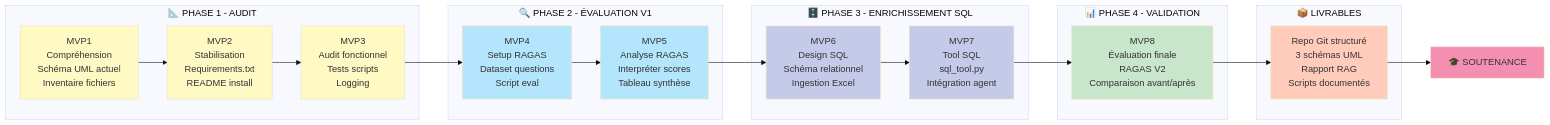
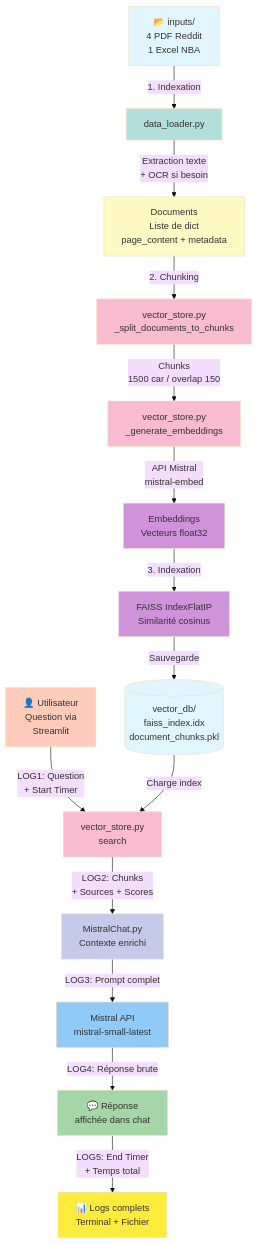
The second of 2 diagrams in README.md (FabParis20/P10_SportSee_RAG), drawn with Mermaid (base theme) before and after one commit. The commit also changed other lines of this file and 4 other files, not shown here.

First line of the commit message:
MVP3: Audit fonctionnel + logging système RAG

````diff
--- a/README.md
+++ b/README.md
@@ -122,48 +122,43 @@
 ```mermaid
-graph LR
-    subgraph "📐 PHASE 1 - AUDIT"
-        MVP1[MVP1<br/>Compréhension<br/>Schéma UML actuel<br/>Inventaire fichiers]
-        MVP2[MVP2<br/>Stabilisation<br/>Requirements.txt<br/>README install]
-        MVP3[MVP3<br/>Audit fonctionnel<br/>Tests scripts<br/>Logging]
-    end
+graph TD
+    A[📂 inputs/<br/>4 PDF Reddit<br/>1 Excel NBA] -->|1. Indexation| B[data_loader.py]
     
-    subgraph "🔍 PHASE 2 - ÉVALUATION V1"
-        MVP4[MVP4<br/>Setup RAGAS<br/>Dataset questions<br/>Script eval]
-        MVP5[MVP5<br/>Analyse RAGAS<br/>Interpréter scores<br/>Tableau synthèse]
-    end
+    B -->|Extraction texte<br/>+ OCR si besoin| C[Documents<br/>Liste de dict<br/>page_content + metadata]
     
-    subgraph "🗄️ PHASE 3 - ENRICHISSEMENT SQL"
-        MVP6[MVP6<br/>Design SQL<br/>Schéma relationnel<br/>Ingestion Excel]
-        MVP7[MVP7<br/>Tool SQL<br/>sql_tool.py<br/>Intégration agent]
-    end
+    C -->|2. Chunking| D[vector_store.py<br/>_split_documents_to_chunks]
     
-    subgraph "📊 PHASE 4 - VALIDATION"
-        MVP8[MVP8<br/>Évaluation finale<br/>RAGAS V2<br/>Comparaison avant/après]
-    end
+    D -->|Chunks<br/>1500 car / overlap 150| E[vector_store.py<br/>_generate_embeddings]
     
-    subgraph "📦 LIVRABLES"
-        FINAL[Repo Git structuré<br/>3 schémas UML<br/>Rapport RAG<br/>Scripts documentés]
-    end
+    E -->|API Mistral<br/>mistral-embed| F[Embeddings<br/>Vecteurs float32]
     
-    MVP1 --> MVP2
-    MVP2 --> MVP3
-    MVP3 --> MVP4
-    MVP4 --> MVP5
-    MVP5 --> MVP6
-    MVP6 --> MVP7
-    MVP7 --> MVP8
-    MVP8 --> FINAL
+    F -->|3. Indexation| G[FAISS IndexFlatIP<br/>Similarité cosinus]
     
-    FINAL --> SOUT[🎓 SOUTENANCE]
+    G -->|Sauvegarde| H[(vector_db/<br/>faiss_index.idx<br/>document_chunks.pkl)]
     
-    style MVP1 fill:#fff9c4
-    style MVP2 fill:#fff9c4
-    style MVP3 fill:#fff9c4
-    style MVP4 fill:#b3e5fc
-    style MVP5 fill:#b3e5fc
-    style MVP6 fill:#c5cae9
-    style MVP7 fill:#c5cae9
-    style MVP8 fill:#c8e6c9
-    style FINAL fill:#ffccbc
-    style SOUT fill:#f48fb1
+    I[👤 Utilisateur<br/>Question via<br/>Streamlit] -->|LOG1: Question<br/>+ Start Timer| J[vector_store.py<br/>search]
+    
+    H -->|Charge index| J
+    
+    J -->|LOG2: Chunks<br/>+ Sources + Scores| K[MistralChat.py<br/>Contexte enrichi]
+    
+    K -->|LOG3: Prompt complet| L[Mistral API<br/>mistral-small-latest]
+    
+    L -->|LOG4: Réponse brute| M[💬 Réponse<br/>affichée dans chat]
+    
+    M -->|LOG5: End Timer<br/>+ Temps total| N[📊 Logs complets<br/>Terminal + Fichier]
+    
+    style A fill:#e1f5fe
+    style B fill:#b2dfdb
+    style C fill:#fff9c4
+    style D fill:#f8bbd0
+    style E fill:#f8bbd0
+    style F fill:#ce93d8
+    style G fill:#ce93d8
+    style H fill:#e1f5fe
+    style I fill:#ffccbc
+    style J fill:#f8bbd0
+    style K fill:#c5cae9
+    style L fill:#90caf9
+    style M fill:#a5d6a7
+    style N fill:#ffeb3b
 ```
````
